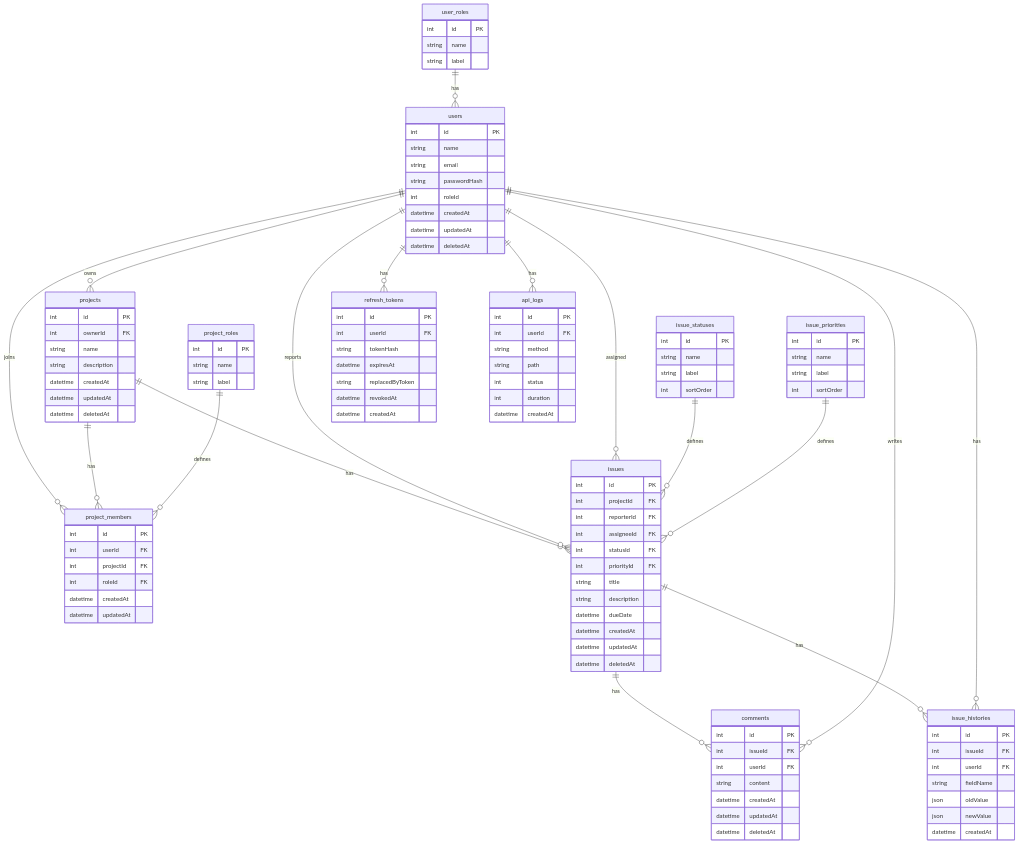
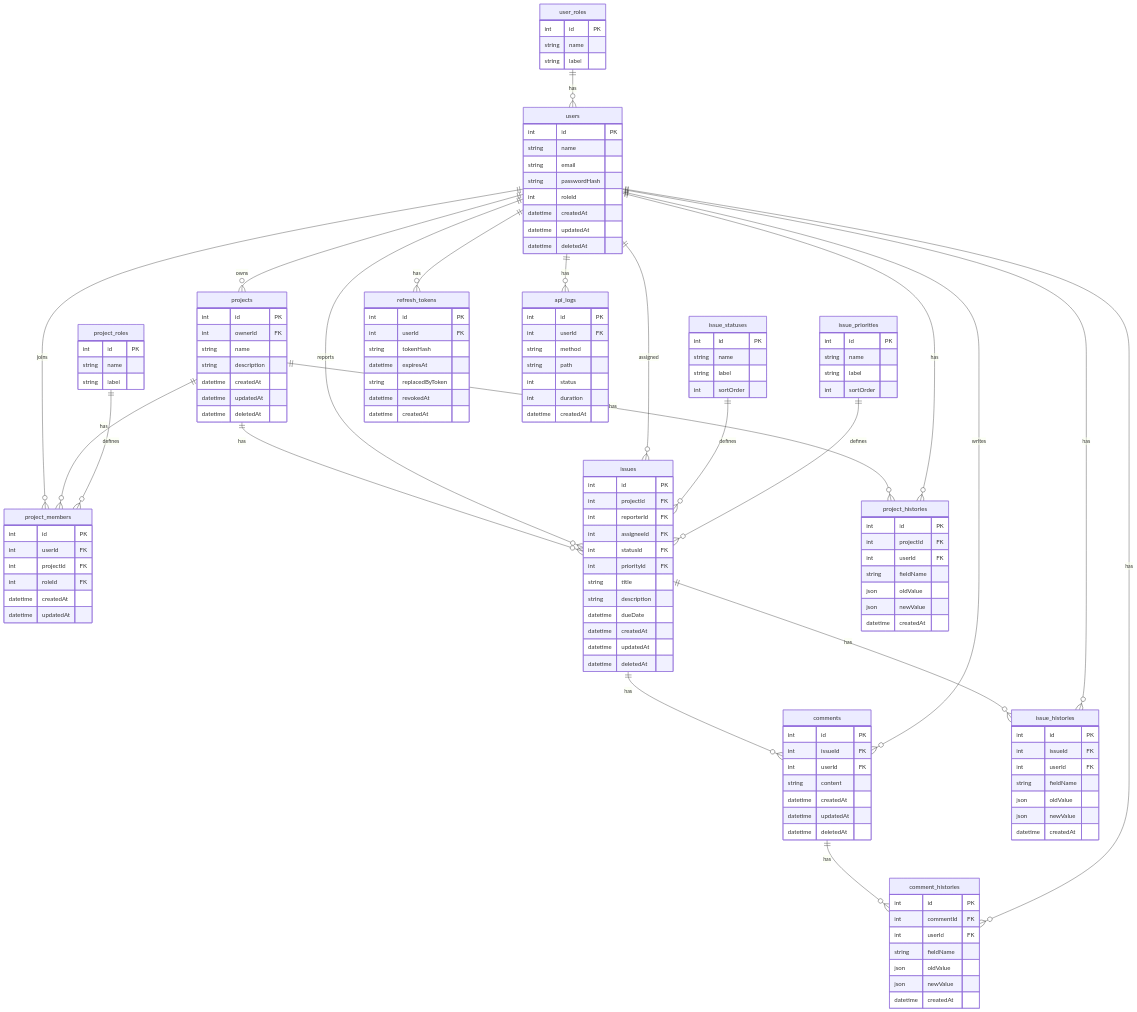
One commit to pawmi555/Issue_tracker changed the diagram in Documents/ER図.mmd. Above: the diagram before and after it, drawn with Mermaid. The commit also changed 4 other files, not shown here.

```diff
--- a/Documents/ER図.mmd
+++ b/Documents/ER図.mmd
@@ -1,161 +1,187 @@
 erDiagram
 
 users {
   int id PK
   string name
   string email
   string passwordHash
   int roleId
   datetime createdAt
   datetime updatedAt
   datetime deletedAt
 }
 
 user_roles {
   int id PK
   string name
   string label
 }
 
 projects {
   int id PK
   int ownerId FK
   string name
   string description
   datetime createdAt
   datetime updatedAt
   datetime deletedAt
 }
 
 project_members {
   int id PK
   int userId FK
   int projectId FK
   int roleId FK
   datetime createdAt
   datetime updatedAt
 }
 
 project_roles {
   int id PK
   string name
   string label
 }
 
 issues {
   int id PK
   int projectId FK
   int reporterId FK
   int assigneeId FK
   int statusId FK
   int priorityId FK
   string title
   string description
   datetime dueDate
   datetime createdAt
   datetime updatedAt
   datetime deletedAt
 }
 
 issue_statuses {
   int id PK
   string name
   string label
   int sortOrder
 }
 
 issue_priorities {
   int id PK
   string name
   string label
   int sortOrder
 }
 
 comments {
   int id PK
   int issueId FK
   int userId FK
   string content
   datetime createdAt
   datetime updatedAt
   datetime deletedAt
 }
 
+project_histories{
+  int id PK
+  int projectId FK
+  int userId FK
+  string fieldName
+  json oldValue
+  json newValue
+  datetime createdAt
+}
+
 issue_histories {
   int id PK
   int issueId FK
+  int userId FK
+  string fieldName
+  json oldValue
+  json newValue
+  datetime createdAt
+}
+
+comment_histories{
+  int id PK
+  int commentId FK
   int userId FK
   string fieldName
   json oldValue
   json newValue
   datetime createdAt
 }
 
 refresh_tokens {
   int id PK
   int userId FK
   string tokenHash
   datetime expiresAt
   string replacedByToken
   datetime revokedAt
   datetime createdAt
 }
 
 api_logs {
   int id PK
   int userId FK
   string method
   string path
   int status
   int duration
   datetime createdAt
 }
 
 user_roles ||--o{ users : has
 
 users ||--o{ projects : owns
 
 users ||--o{ project_members : joins
 projects ||--o{ project_members : has
 project_roles ||--o{ project_members : defines
 
 projects ||--o{ issues : has
 users ||--o{ issues : reports
 users ||--o{ issues : assigned
 issue_statuses ||--o{ issues : defines
 issue_priorities ||--o{ issues : defines
 
 issues ||--o{ comments : has
 users ||--o{ comments : writes
 
+projects ||--o{ project_histories : has
+users ||--o{ project_histories : has
+
 issues ||--o{ issue_histories : has
 users ||--o{ issue_histories : has
+
+comments ||--o{ comment_histories : has
+users ||--o{ comment_histories : has
 
 users ||--o{ refresh_tokens : has
 
 users ||--o{ api_logs : has
 
 %% NULLABLE: api_logs.userId
 
 %% UNIQUE: user_roles.name
 %% UNIQUE: users.email
 %% UNIQUE(project_members.projectId, project_members.userId)
 %% UNIQUE(projects.ownerId, projects.name)
 %% UNIQUE: project_roles.name
 %% UNIQUE: issue_statuses.name
 %% UNIQUE: issue_priorities.name
 %% UNIQUE: refresh_tokens.tokenHash
 
 %% PK: users.id
 
 %% FK: users.roleId -> user_roles.id (RESTRICT)
 %% FK: issues.projectId -> projects.id (CASCADE)
 %% FK: projects.ownerId -> users.id (RESTRICT)
 %% FK: issues.reporterId -> users.id (RESTRICT)
 %% FK: issues.assigneeId -> users.id (SET NULL)
 %% FK: project_members.roleId -> project_roles.id (RESTRICT)
 %% FK: issues.statusId -> issue_statuses.id (RESTRICT)
 %% FK: issues.priorityId -> issue_priorities.id (RESTRICT)
 
 %% メモ「履歴系は物理削除しない」READMEかAPI設計書に記載する
 %% onDelete指定する
```
